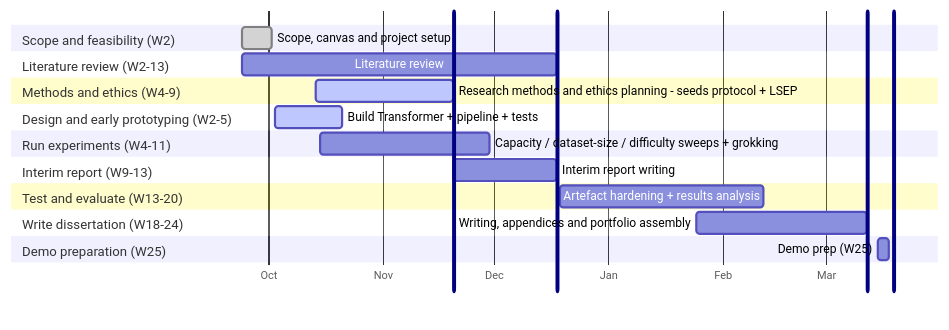
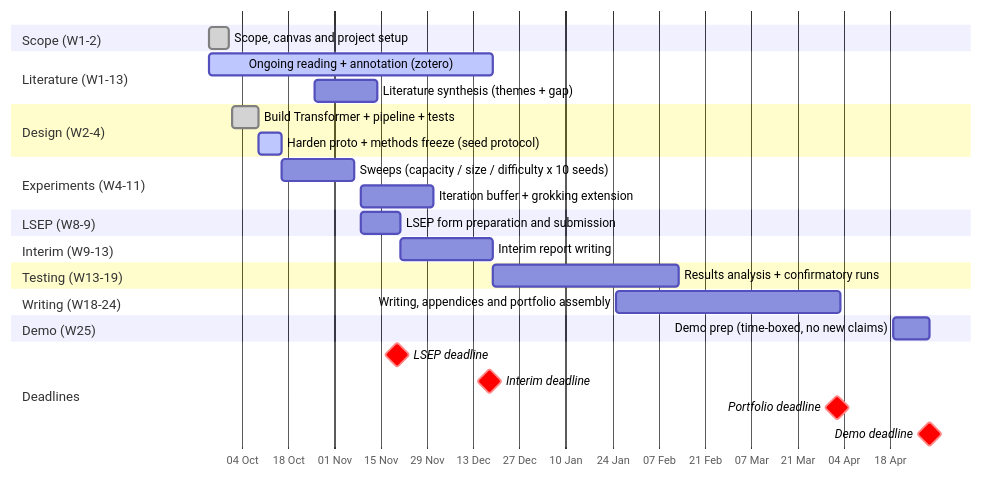
One commit to AhmedIkram05/tinylm-lab changed the diagram in docs/planning/plan.md. Above: the diagram before and after it, drawn with Mermaid. The commit also changed other lines of this file, not shown here.

Commit message:
docs: update project plan to reflect live status and revised milestones for TinyLM, including changes to research question and deliverables

````diff
--- a/docs/planning/plan.md
+++ b/docs/planning/plan.md
@@ -72,39 +73,48 @@
 ```mermaid
+%%{init: {"gantt": {"useWidth": 910, "leftPadding": 180, "sectionFontSize": 12}}}%%
 gantt
-    %%{init: {"gantt": {"useWidth": 880, "leftPadding": 210, "sectionFontSize": 12}}}%%
     dateFormat YYYY-MM-DD
-    axisFormat %b
-    tickInterval 1month
+    axisFormat %d %b
+    tickInterval 2week
     todayMarker on
 
-    section Scope and feasibility (W2)
-    Scope, canvas and project setup             :done, plan, 2026-09-24, 2026-10-02
+    section Scope (W1-2)
+    Scope, canvas and project setup             :done, plan, 2026-09-24, 2026-09-30
 
-    section Literature review (W2-13)
-    Literature review                           :lit, 2026-09-24, 2026-12-18
+    section Literature (W1-13)
+    Ongoing reading + annotation (zotero) :active, lit, 2026-09-24, 2026-12-19
+    Literature synthesis (themes + gap)                :synth, 2026-10-26, 2026-11-14
 
-    section Methods and ethics (W4-9)
-    Research methods and ethics planning - seeds protocol + LSEP  :active, ethics, 2026-10-14, 2026-11-20
+    section Design (W2-4)
+    Build Transformer + pipeline + tests :done, proto, 2026-10-01, 2026-10-09
+    Harden proto + methods freeze (seed protocol) :active, harden, 2026-10-09, 2026-10-16
 
-    section Design and early prototyping (W2-5)
-    Build Transformer + pipeline + tests        :active, proto, 2026-10-03, 18d
+    section Experiments (W4-11)
+    Sweeps (capacity / size / difficulty x 10 seeds) :exps, after harden, 2026-11-07
+    Iteration buffer + grokking extension           :buf, 2026-11-09, 2026-12-01
+    %% buf starts Mon 09 Nov (weekend 07-08 Nov gap); absolute dates intentional - follows exps
 
-    section Run experiments (W4-11)
-    Capacity / dataset-size / difficulty sweeps + grokking :exps, 2026-10-15, 2026-11-30
+    section LSEP (W8-9)
+    LSEP form preparation and submission        :lsep, 2026-11-09, 2026-11-21
 
-    section Interim report (W9-13)
-    Interim report writing                      :interim, 2026-11-20, 2026-12-18
+    section Interim (W9-13)
+    Interim report writing                      :interim, 2026-11-21, 2026-12-19
+    %% draft by Fri 04 Dec; 06-18 Dec buffer only (exam weeks)
 
-    section Test and evaluate (W13-20)
-    Artefact hardening + results analysis       :testing, 2026-12-19, 2027-02-12
+    section Testing (W13-19)
+    Results analysis + confirmatory runs        :testing, 2026-12-19, 2027-02-13
+    %% continuous 19 Dec-12 Feb, no Christmas pause (owner decision)
 
-    section Write dissertation (W18-24)
-    Writing, appendices and portfolio assembly  :diss, 2027-01-25, 2027-03-12
+    section Writing (W18-24)
+    Writing, appendices and portfolio assembly  :diss, 2027-01-25, 2027-04-03
+    %% overlaps testing 25 Jan-12 Feb intentional (analysis as runs land)
 
-    section Demo preparation (W25)
-    Demo prep (W25)                             :demo, 2027-03-15, 2027-03-18
-    ㅤ :crit, vert, v9, 2026-11-20, 1d
-    ㅤ :crit, vert, v13, 2026-12-18, 1d
-    ㅤ :crit, vert, v24, 2027-03-12, 1d
-    ㅤ :crit, vert, v25, 2027-03-19, 1d
+    section Demo (W25)
+    Demo prep (time-boxed, no new claims)        :demo, 2027-04-19, 2027-04-30
+
+    section Deadlines
+    LSEP deadline :crit, milestone, v9, 2026-11-20, 0d
+    Interim deadline :crit, milestone, v13, 2026-12-18, 0d
+    Portfolio deadline :crit, milestone, v24, 2027-04-02, 0d
+    Demo deadline :crit, milestone, v25, 2027-04-30, 0d
 ```
````
